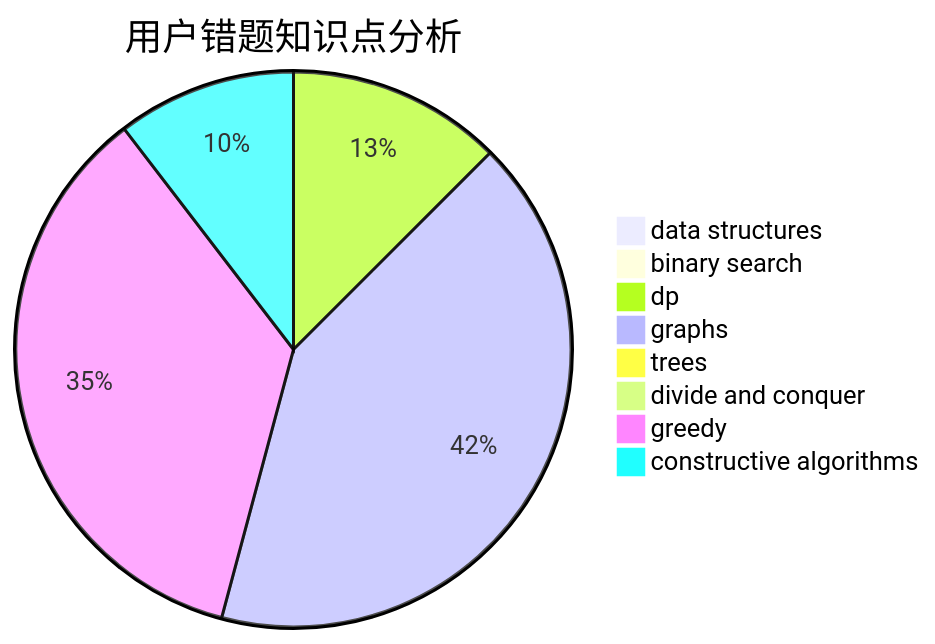
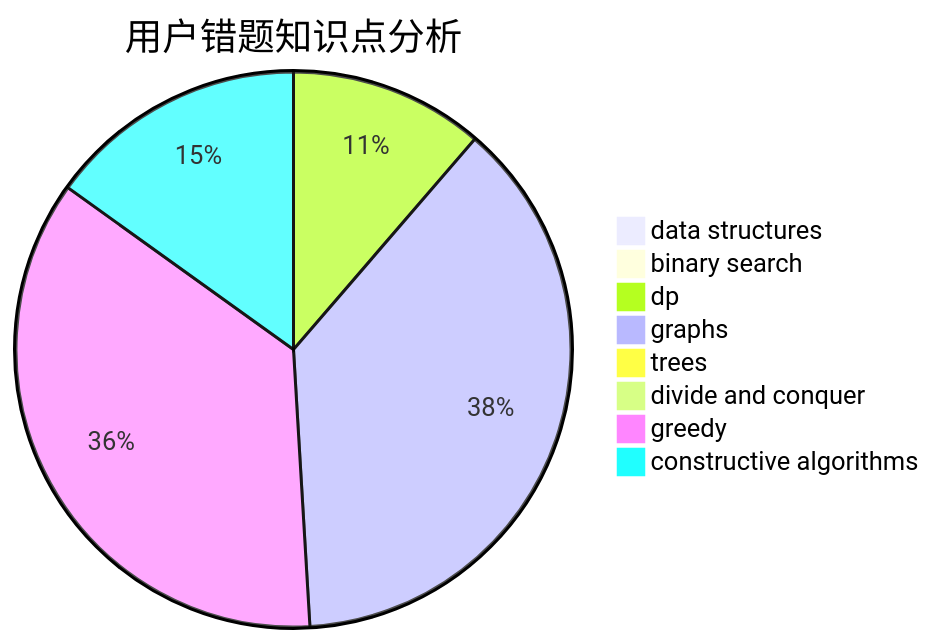
Before and after one commit to sherpahu/cfrs.github.io: the third of 3 diagrams in docs/user/u1725.md, drawn with Mermaid. The commit also changed other lines of this file and 2770 other files, not shown here.

````diff
--- a/docs/user/u1725.md
+++ b/docs/user/u1725.md
@@ -36,11 +36,11 @@
 ```mermaid
 pie title 用户错题知识点分析
     "data structures" :  0
     "binary search" :  0
     "dp" :  6
     "graphs" :  20
     "trees" :  0
     "divide and conquer" :  0
-    "greedy" :  17
-    "constructive algorithms" :  5
+    "greedy" :  19
+    "constructive algorithms" :  8
 ```
````
